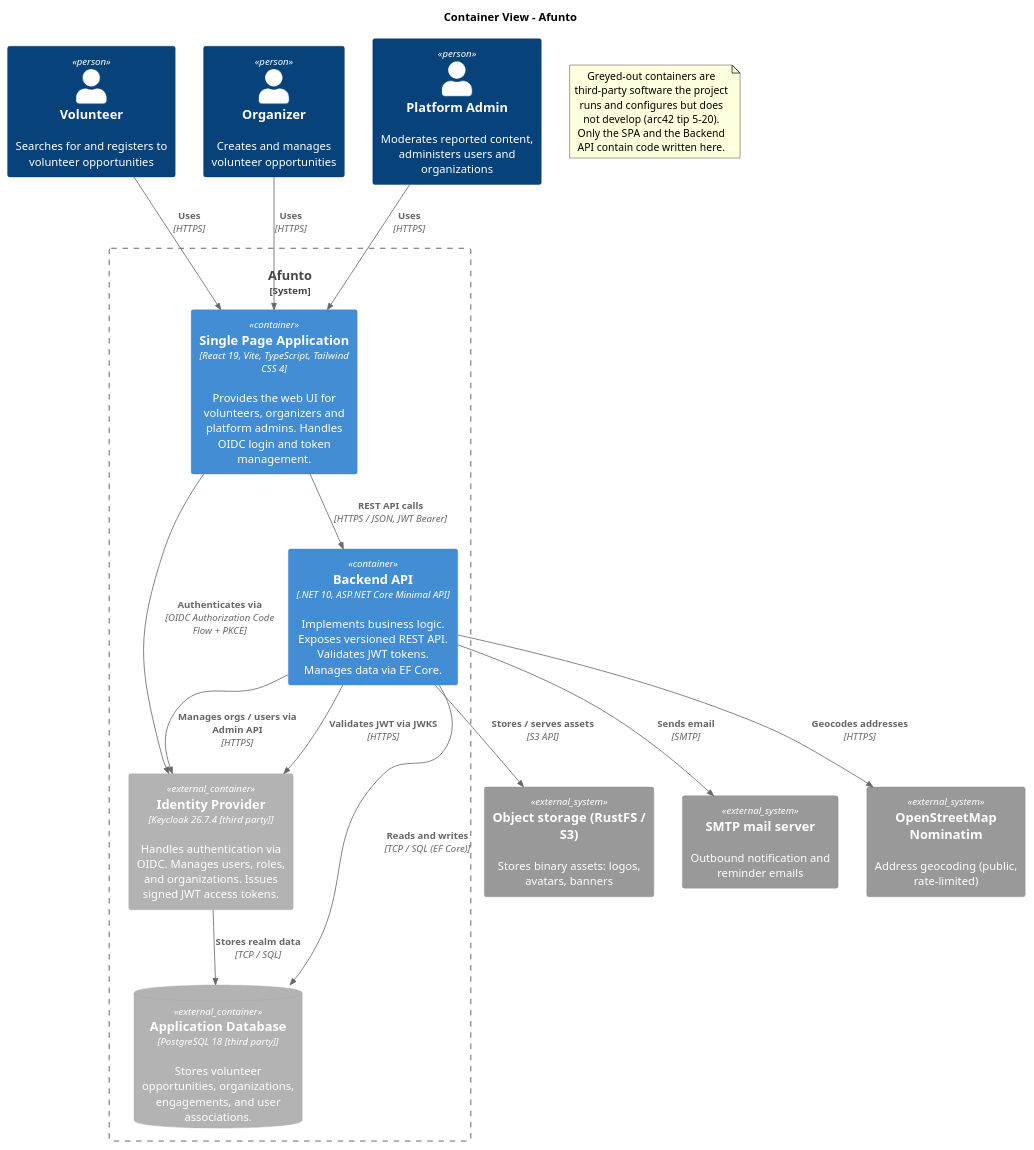
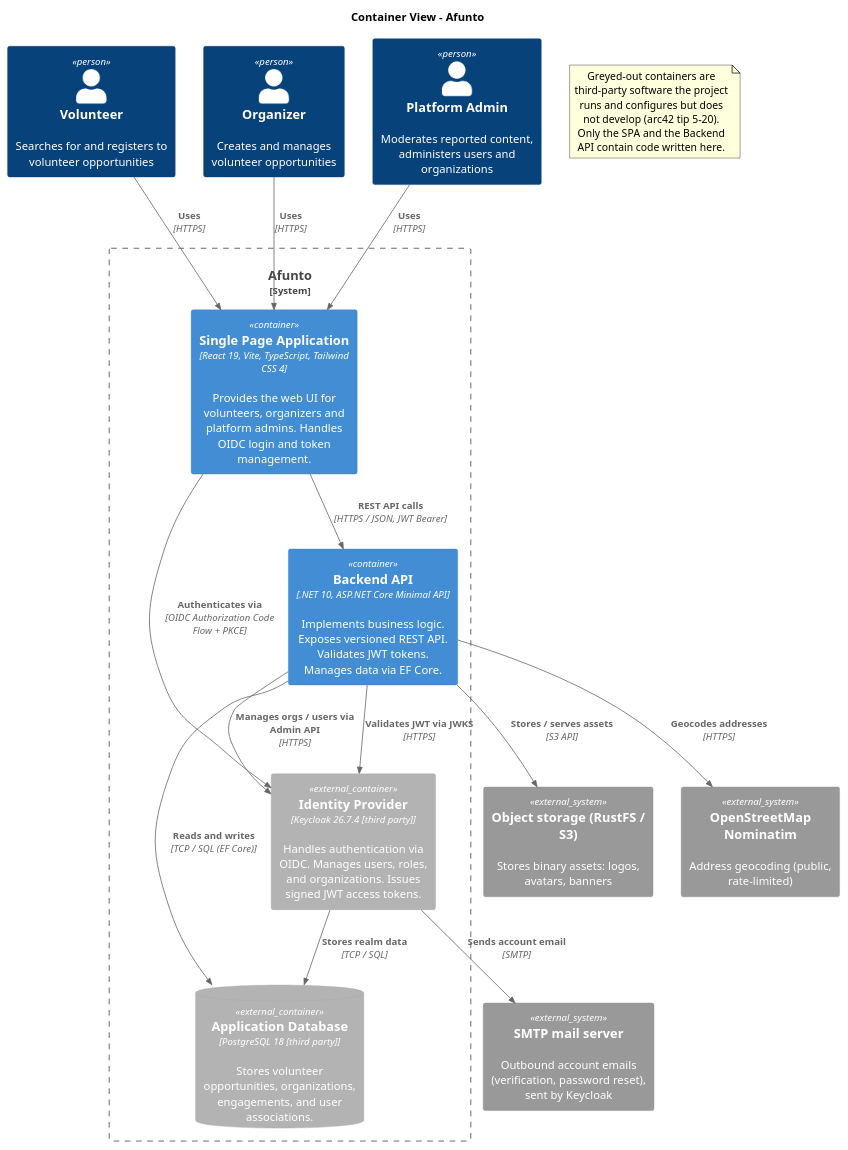
One commit to maik-hasler/afunto changed the diagram in docs/Architecture/images/container-view.puml. Above: the diagram before and after it, drawn with PlantUML. The commit also changed 165 other files, not shown here.

```diff
--- a/docs/Architecture/images/container-view.puml
+++ b/docs/Architecture/images/container-view.puml
@@ -1,41 +1,41 @@
 @startuml Container View
 
 !include <C4/C4_Container>
 
 title Container View - Afunto
 
 Person(volunteer, "Volunteer", "Searches for and registers to volunteer opportunities")
 Person(organizer, "Organizer", "Creates and manages volunteer opportunities")
 Person(admin, "Platform Admin", "Moderates reported content, administers users and organizations")
 
 System_Boundary(afunto, "Afunto") {
 		Container(frontend, "Single Page Application", "React 19, Vite, TypeScript, Tailwind CSS 4", "Provides the web UI for volunteers, organizers and platform admins. Handles OIDC login and token management.")
 		Container(backend, "Backend API", ".NET 10, ASP.NET Core Minimal API", "Implements business logic. Exposes versioned REST API. Validates JWT tokens. Manages data via EF Core.")
 		ContainerDb_Ext(db, "Application Database", "PostgreSQL 18 [third party]", "Stores volunteer opportunities, organizations, engagements, and user associations.")
 		Container_Ext(keycloak, "Identity Provider", "Keycloak 26.7.4 [third party]", "Handles authentication via OIDC. Manages users, roles, and organizations. Issues signed JWT access tokens.")
 }
 
 System_Ext(objectstore, "Object storage (RustFS / S3)", "Stores binary assets: logos, avatars, banners")
-System_Ext(smtp, "SMTP mail server", "Outbound notification and reminder emails")
+System_Ext(smtp, "SMTP mail server", "Outbound account emails (verification, password reset), sent by Keycloak")
 System_Ext(nominatim, "OpenStreetMap Nominatim", "Address geocoding (public, rate-limited)")
 
 Rel(volunteer, frontend, "Uses", "HTTPS")
 Rel(organizer, frontend, "Uses", "HTTPS")
 Rel(admin, frontend, "Uses", "HTTPS")
 Rel(frontend, backend, "REST API calls", "HTTPS / JSON, JWT Bearer")
 Rel(frontend, keycloak, "Authenticates via", "OIDC Authorization Code Flow + PKCE")
 Rel(backend, db, "Reads and writes", "TCP / SQL (EF Core)")
 Rel(backend, keycloak, "Validates JWT via JWKS", "HTTPS")
 Rel(backend, keycloak, "Manages orgs / users via Admin API", "HTTPS")
 Rel(backend, objectstore, "Stores / serves assets", "S3 API")
-Rel(backend, smtp, "Sends email", "SMTP")
+Rel(keycloak, smtp, "Sends account email", "SMTP")
 Rel(backend, nominatim, "Geocodes addresses", "HTTPS")
 Rel(keycloak, db, "Stores realm data", "TCP / SQL")
 
 note as ThirdParty
 	Greyed-out containers are third-party software the project
 	runs and configures but does not develop (arc42 tip 5-20).
 	Only the SPA and the Backend API contain code written here.
 end note
 
 @enduml
```
